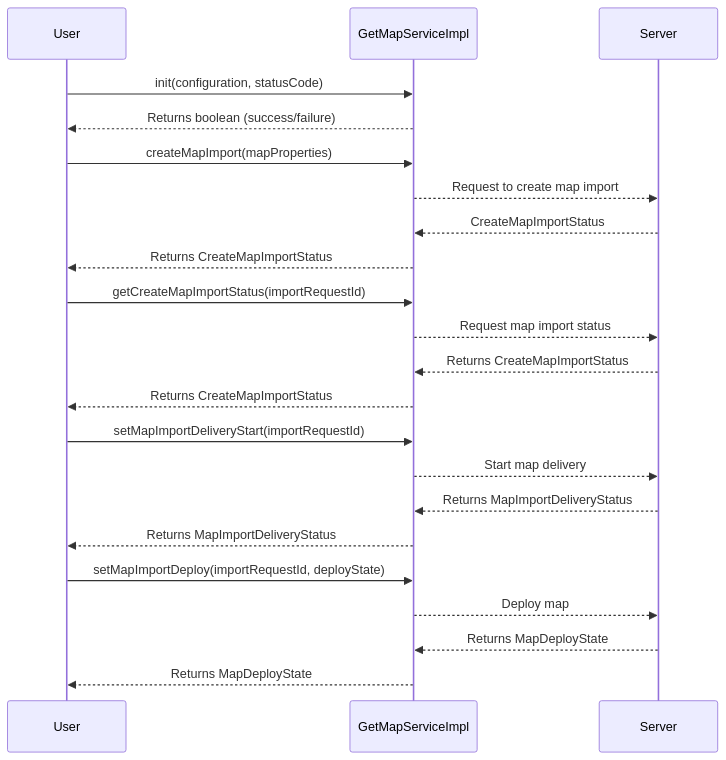
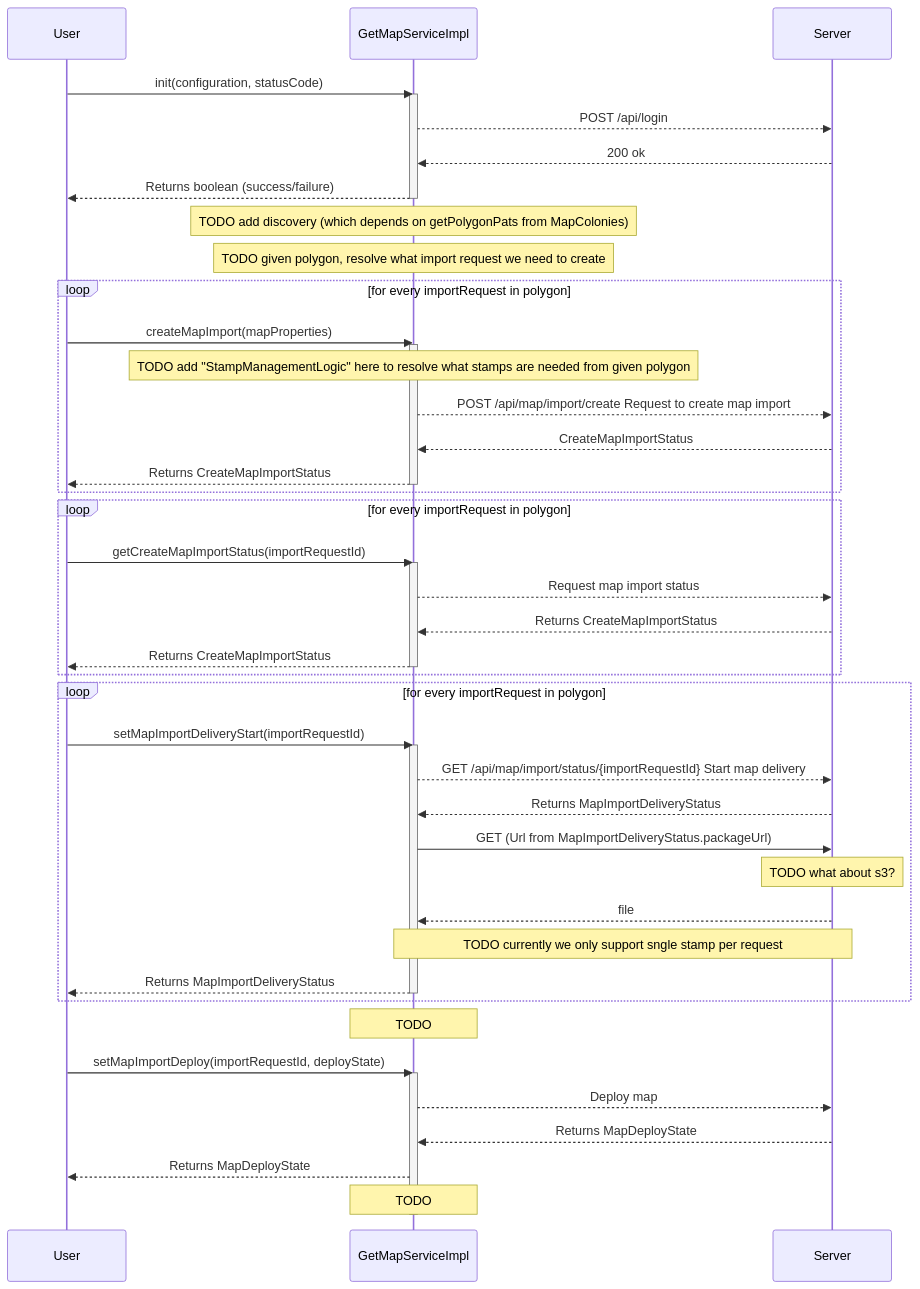
The diagram in README.md (getappsh/getmap-android-sdk), drawn with Mermaid before and after one commit.

Commit message:
Updated after call with Rony

````diff
--- a/README.md
+++ b/README.md
@@ -11,29 +11,58 @@
 ```mermaid
 sequenceDiagram
     participant User
     participant SDK as GetMapServiceImpl
     participant Server
 
     User->>SDK: init(configuration, statusCode)
+    activate SDK
+    SDK-->>Server: POST /api/login
+    Server-->>SDK: 200 ok
     SDK-->>User: Returns boolean (success/failure)
+    deactivate SDK
 
+    note over SDK: TODO add discovery (which depends on getPolygonPats from MapColonies)
+    note over SDK: TODO given polygon, resolve what import request we need to create
+
+    loop for every importRequest in polygon
     User->>SDK: createMapImport(mapProperties)
-    SDK-->>Server: Request to create map import
+    activate SDK
+    note over SDK: TODO add "StampManagementLogic" here to resolve what stamps are needed from given polygon
+    SDK-->>Server: POST /api/map/import/create Request to create map import
     Server-->>SDK: CreateMapImportStatus
     SDK-->>User: Returns CreateMapImportStatus
+    deactivate SDK
+    end
 
+    loop for every importRequest in polygon
     User->>SDK: getCreateMapImportStatus(importRequestId)
+    activate SDK
     SDK-->>Server: Request map import status
     Server-->>SDK: Returns CreateMapImportStatus
     SDK-->>User: Returns CreateMapImportStatus
+    deactivate SDK
+    end
 
+    loop for every importRequest in polygon
     User->>SDK: setMapImportDeliveryStart(importRequestId)
-    SDK-->>Server: Start map delivery
+    activate SDK
+    SDK-->>Server: GET /api/map/import/status/{importRequestId} Start map delivery
     Server-->>SDK: Returns MapImportDeliveryStatus
+
+    SDK->>Server: GET (Url from MapImportDeliveryStatus.packageUrl)
+    note over Server: TODO what about s3?
+    Server-->>SDK: file
+    note over SDK, Server: TODO currently we only support sngle stamp per request
     SDK-->>User: Returns MapImportDeliveryStatus
+    deactivate SDK
+    end
 
+    note over SDK: TODO
     User->>SDK: setMapImportDeploy(importRequestId, deployState)
+    activate SDK
     SDK-->>Server: Deploy map
     Server-->>SDK: Returns MapDeployState
     SDK-->>User: Returns MapDeployState
+    note over SDK: TODO
+    deactivate SDK
 ```
````
